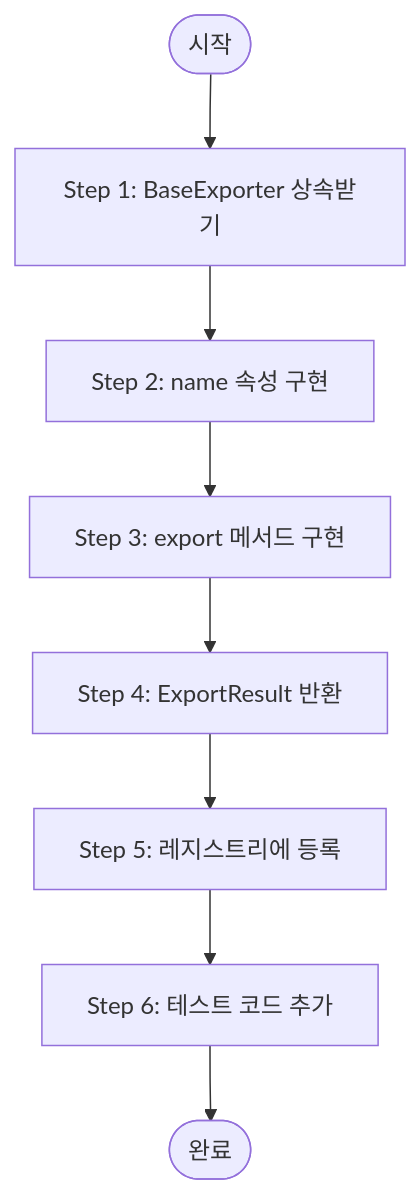
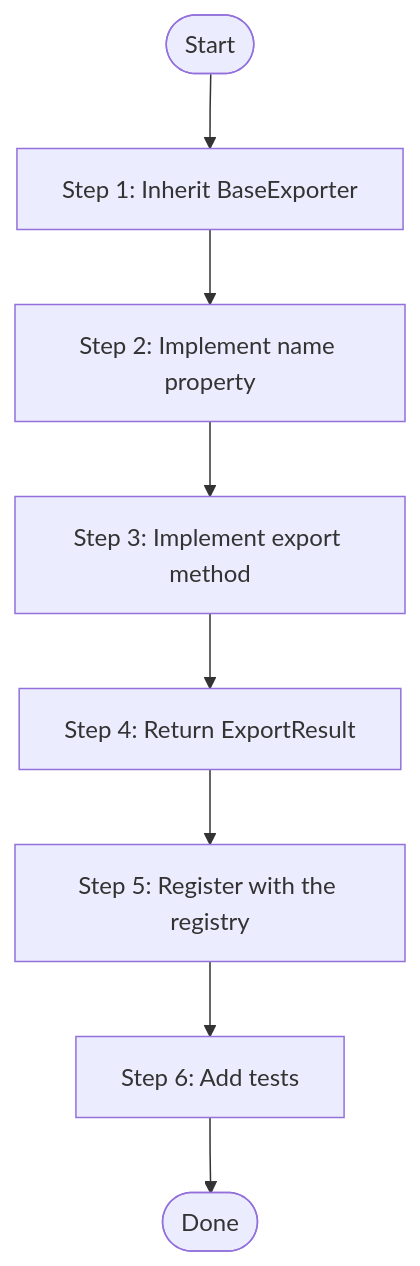
Before and after one commit to kpubdata-lab/kpubdata-builder: the third of 4 diagrams in EXPORT_MODEL.md, drawn with Mermaid. The commit also changed other lines of this file and 2 other files, not shown here.

First line of the commit message:
docs(contract): translate API_CONTRACT.md and EXPORT_MODEL.md into English

````diff
--- a/EXPORT_MODEL.md
+++ b/EXPORT_MODEL.md
@@ -149,10 +143,10 @@
 ```mermaid
 flowchart TD
-    Start([시작]) --> S1[Step 1: BaseExporter 상속받기]
-    S1 --> S2[Step 2: name 속성 구현]
-    S2 --> S3[Step 3: export 메서드 구현]
-    S3 --> S4[Step 4: ExportResult 반환]
-    S4 --> S5[Step 5: 레지스트리에 등록]
-    S5 --> S6[Step 6: 테스트 코드 추가]
-    S6 --> End([완료])
+    Start([Start]) --> S1[Step 1: Inherit BaseExporter]
+    S1 --> S2[Step 2: Implement name property]
+    S2 --> S3[Step 3: Implement export method]
+    S3 --> S4[Step 4: Return ExportResult]
+    S4 --> S5[Step 5: Register with the registry]
+    S5 --> S6[Step 6: Add tests]
+    S6 --> End([Done])
 ```
````
